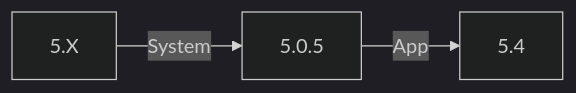
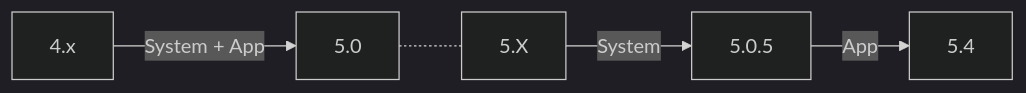
One commit to Thundergrid149/Thundergrid-Installer-Instructions changed the diagram in Etrel Inch Firmware Update Procedure.md. Above: the diagram before and after it, drawn with Mermaid (dark theme). The commit also changed other lines of this file, not shown here.

````diff
--- a/Etrel Inch Firmware Update Procedure.md
+++ b/Etrel Inch Firmware Update Procedure.md
@@ -37,7 +39,9 @@
 ```mermaid
 flowchart LR
 
+Z[4.x]-->|System + App|Y
+Y[5.0]-.-A
 A[5.X]-->| System |B
 B[5.0.5]-->| App |C
 C[5.4]
 ```
````
